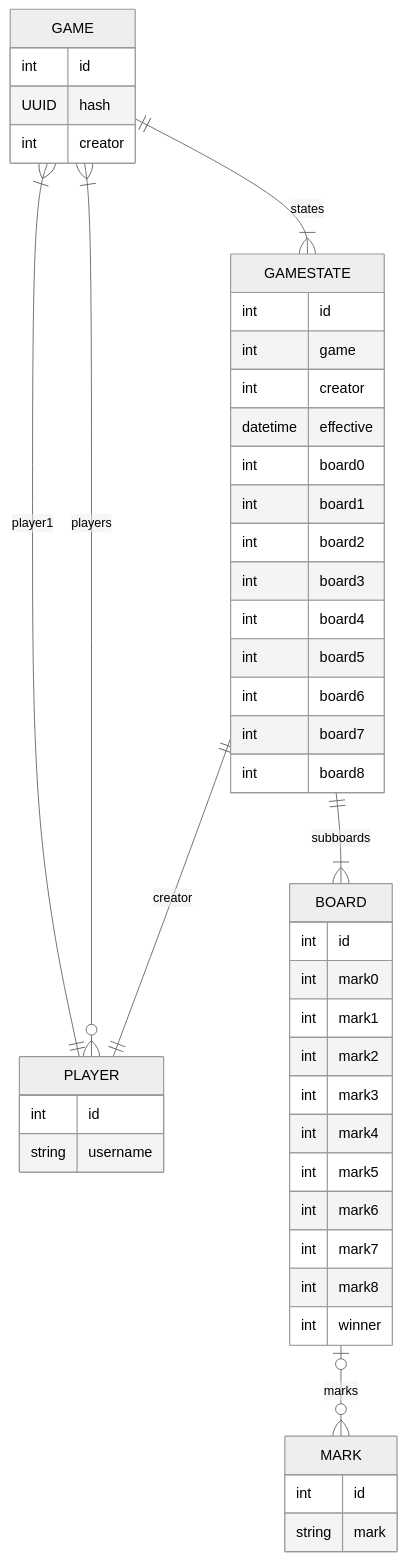
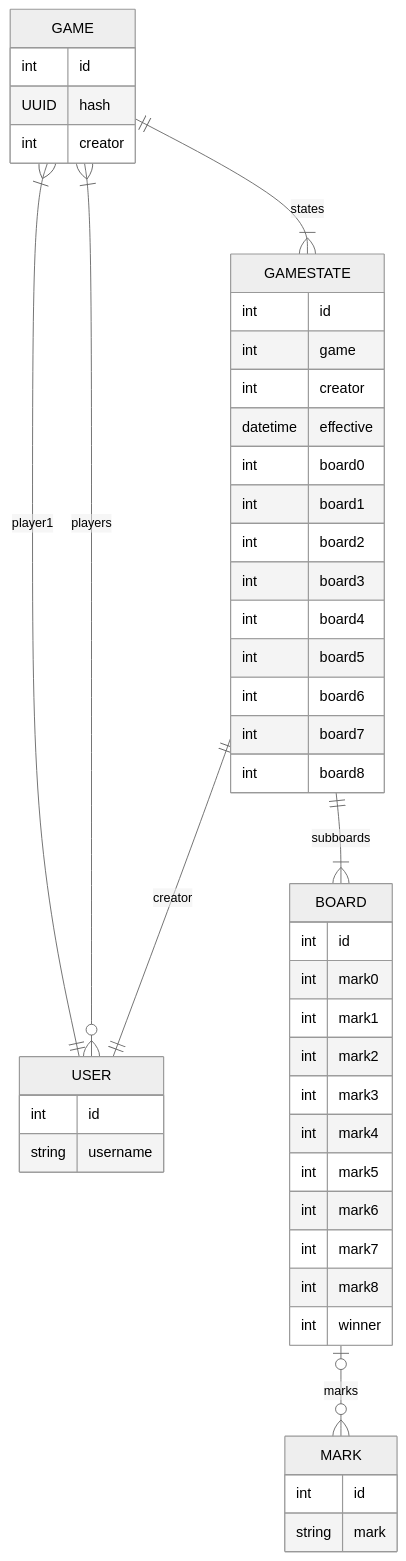
One commit to 347S25/game-labs-mike-check changed the diagram in MikeCheckGame.md. Above: the diagram before and after it, drawn with Mermaid (neutral theme). The commit also changed other lines of this file, not shown here.

Commit message:
use builtin user instead of own player class

````diff
--- a/MikeCheckGame.md
+++ b/MikeCheckGame.md
@@ -6,50 +8,50 @@
 ```mermaid
 erDiagram
     GAME ||--|{ GAMESTATE : states
-    GAME }|--|| PLAYER : player1
-    GAME }|--o{ PLAYER : players
+    GAME }|--|| USER : player1
+    GAME }|--o{ USER : players
     GAMESTATE ||--|{ BOARD : subboards
     BOARD |o--o{ MARK : marks
-    GAMESTATE ||--|| PLAYER : creator
+    GAMESTATE ||--|| USER : creator
     GAME {
         int id
         UUID hash
         int creator
     }
     GAMESTATE {
         int id
         int game
         int creator
         datetime effective
         int board0
         int board1
         int board2
         int board3
         int board4
         int board5
         int board6
         int board7
         int board8
     }
     BOARD {
         int id
         int mark0
         int mark1
         int mark2
         int mark3
         int mark4
         int mark5
         int mark6
         int mark7
         int mark8
         int winner
     }
-    PLAYER {
+    USER {
         int id
         string username
     }
     MARK {
         int id
         string mark
     }
 ```
````
